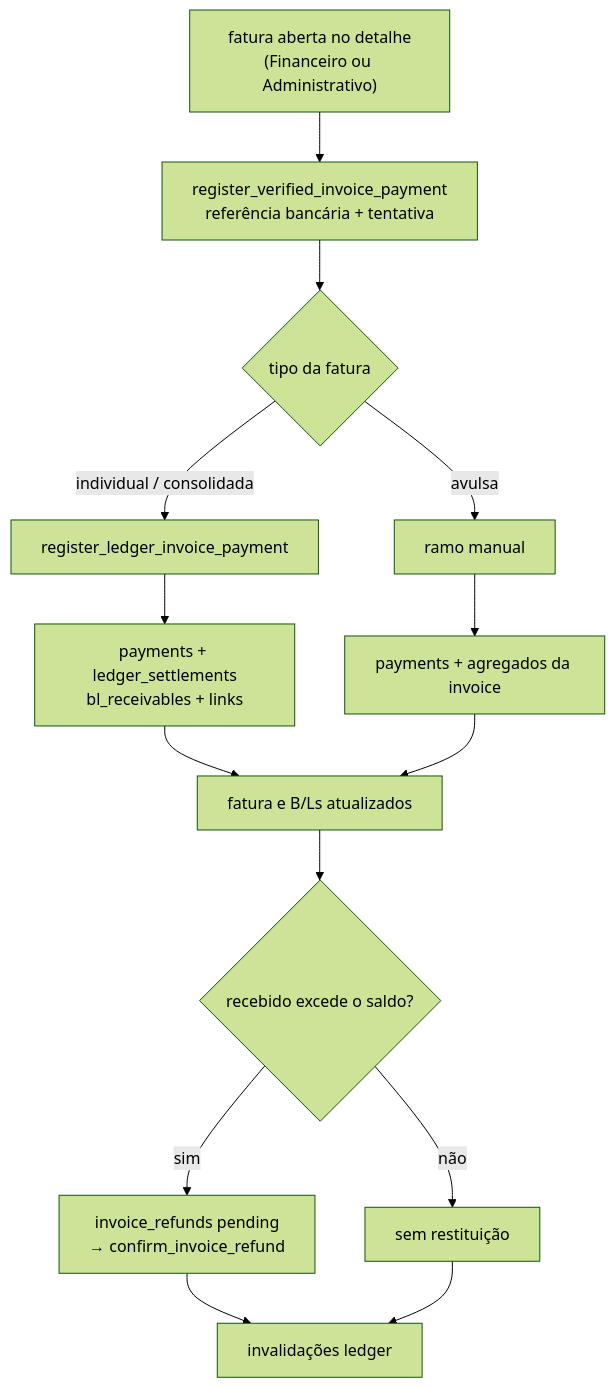
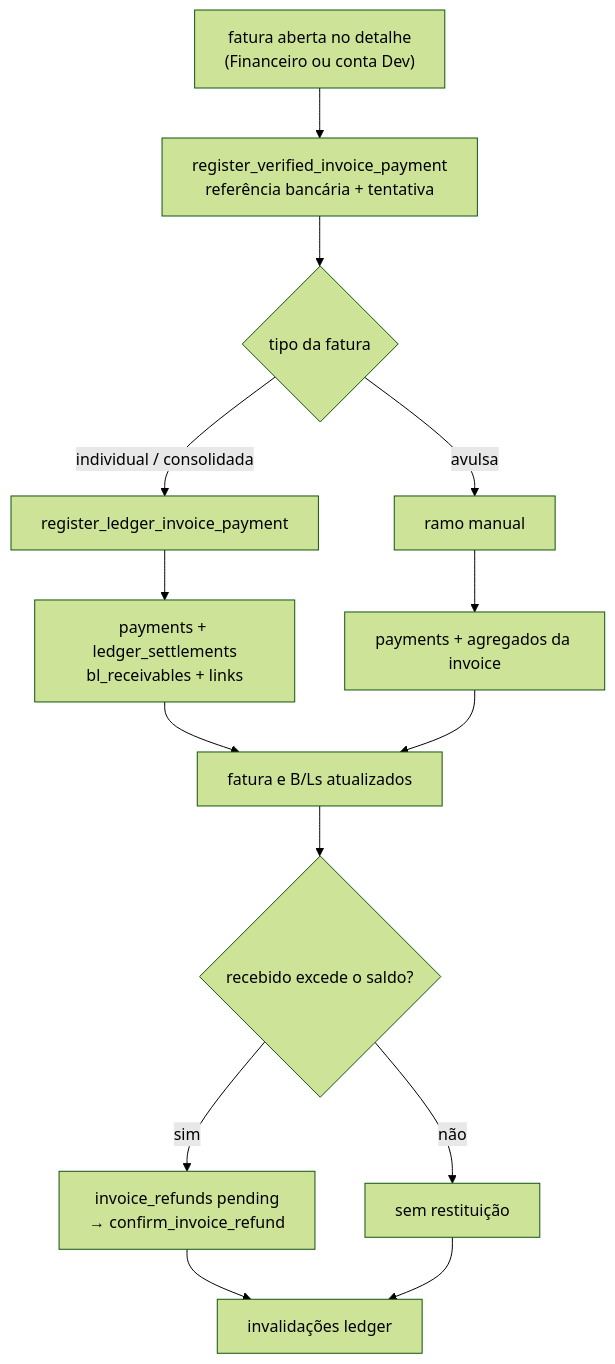
Before and after one commit to luccafwlog/vela: the diagram in docs/modules/faturamento.md, drawn with Mermaid (forest theme). The commit also changed other lines of this file and 35 other files, not shown here.

````diff
--- a/docs/modules/faturamento.md
+++ b/docs/modules/faturamento.md
@@ -891,16 +896,16 @@
 ```mermaid
 flowchart TD
-    Open["fatura aberta no detalhe<br/>(Financeiro ou Administrativo)"] --> Verified["register_verified_invoice_payment<br/>referência bancária + tentativa"]
+    Open["fatura aberta no detalhe<br/>(Financeiro ou conta Dev)"] --> Verified["register_verified_invoice_payment<br/>referência bancária + tentativa"]
     Verified --> Decide{"tipo da fatura"}
     Decide -->|"individual / consolidada"| Ledger["register_ledger_invoice_payment"]
     Decide -->|avulsa| Manual["ramo manual"]
     Ledger --> LWrite["payments + ledger_settlements<br/>bl_receivables + links"]
     Manual --> GWrite["payments + agregados da invoice"]
     LWrite --> Sync["fatura e B/Ls atualizados"]
     GWrite --> Sync
     Sync --> Refund{"recebido excede o saldo?"}
     Refund -->|sim| RefundRow["invoice_refunds pending<br/>→ confirm_invoice_refund"]
     Refund -->|não| NoRefund["sem restituição"]
     RefundRow --> Cache["invalidações ledger"]
     NoRefund --> Cache
 ```
````
